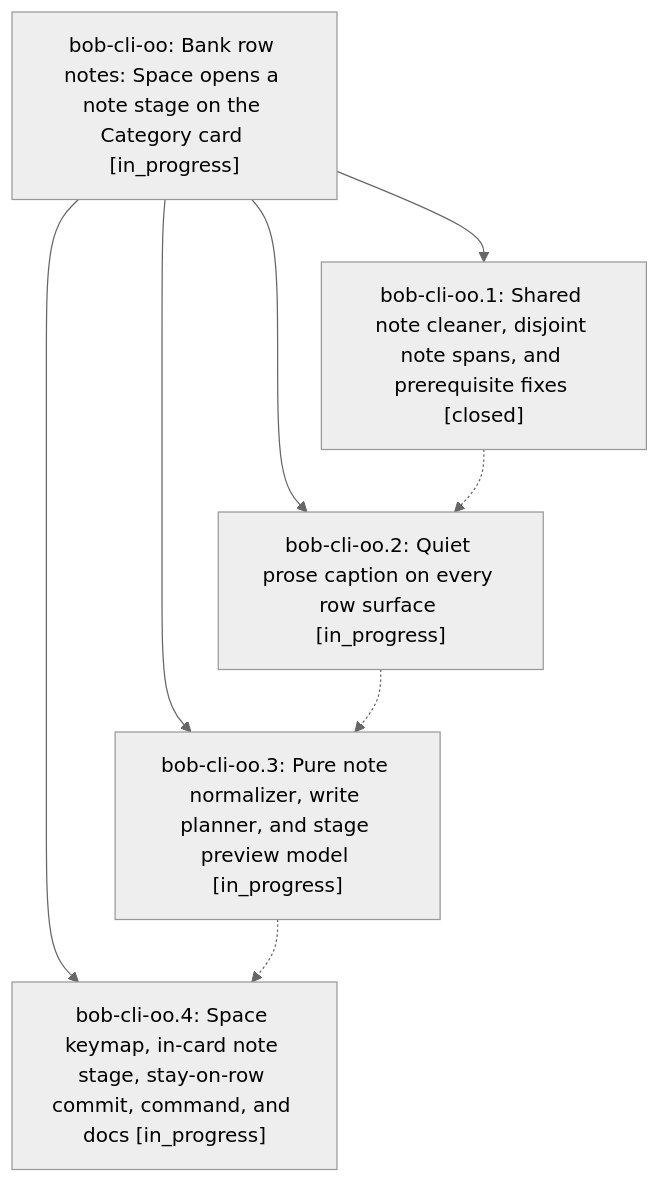
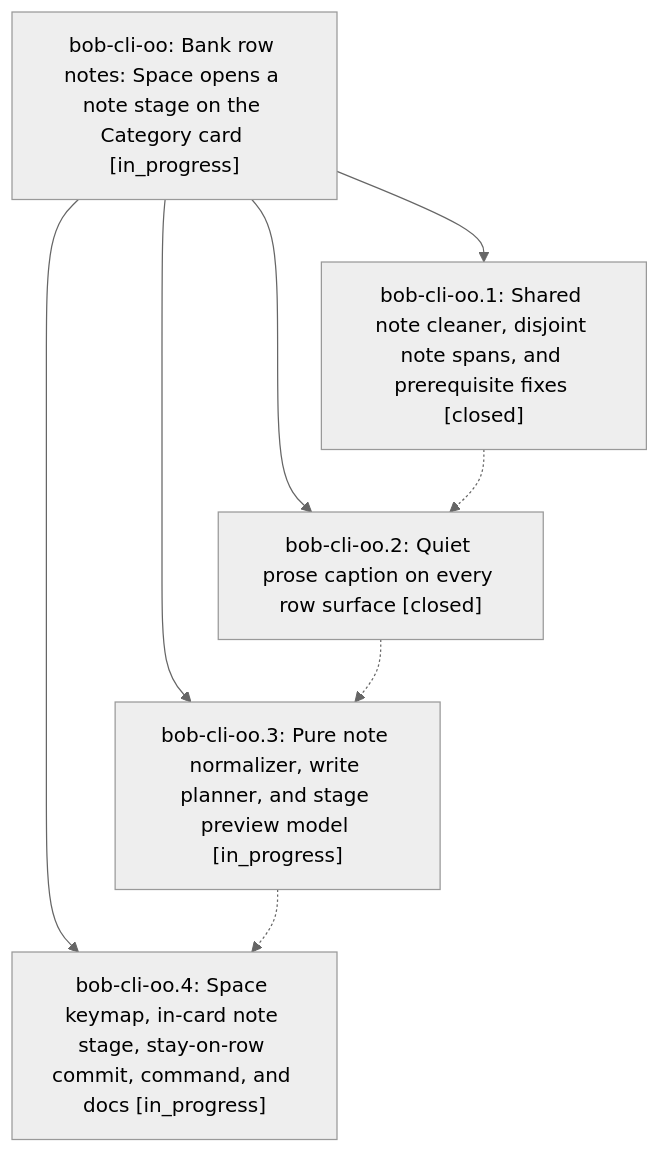
One commit to bobs-org/bob-cli--beads changed the diagram in pages/bob-cli-oo/README.md. Above: the diagram before and after it, drawn with Mermaid (neutral theme). The commit also changed other lines of this file and 3 other files, not shown here.

First line of the commit message:
chore(beads): sync bead state and pages for bob-cli-oo

````diff
--- a/pages/bob-cli-oo/README.md
+++ b/pages/bob-cli-oo/README.md
@@ -37,15 +37,15 @@
 ```mermaid
 flowchart TD
     n0["bob-cli-oo: Bank row notes: Space opens a note stage on the Category card [in_progress]"]
     n1["bob-cli-oo.1: Shared note cleaner, disjoint note spans, and prerequisite fixes [closed]"]
-    n2["bob-cli-oo.2: Quiet prose caption on every row surface [in_progress]"]
+    n2["bob-cli-oo.2: Quiet prose caption on every row surface [closed]"]
     n3["bob-cli-oo.3: Pure note normalizer, write planner, and stage preview model [in_progress]"]
     n4["bob-cli-oo.4: Space keymap, in-card note stage, stay-on-row commit, command, and docs [in_progress]"]
     n0 --> n1
     n0 --> n2
     n0 --> n3
     n0 --> n4
     n1 -.-> n2
     n2 -.-> n3
     n3 -.-> n4
 ```
````
